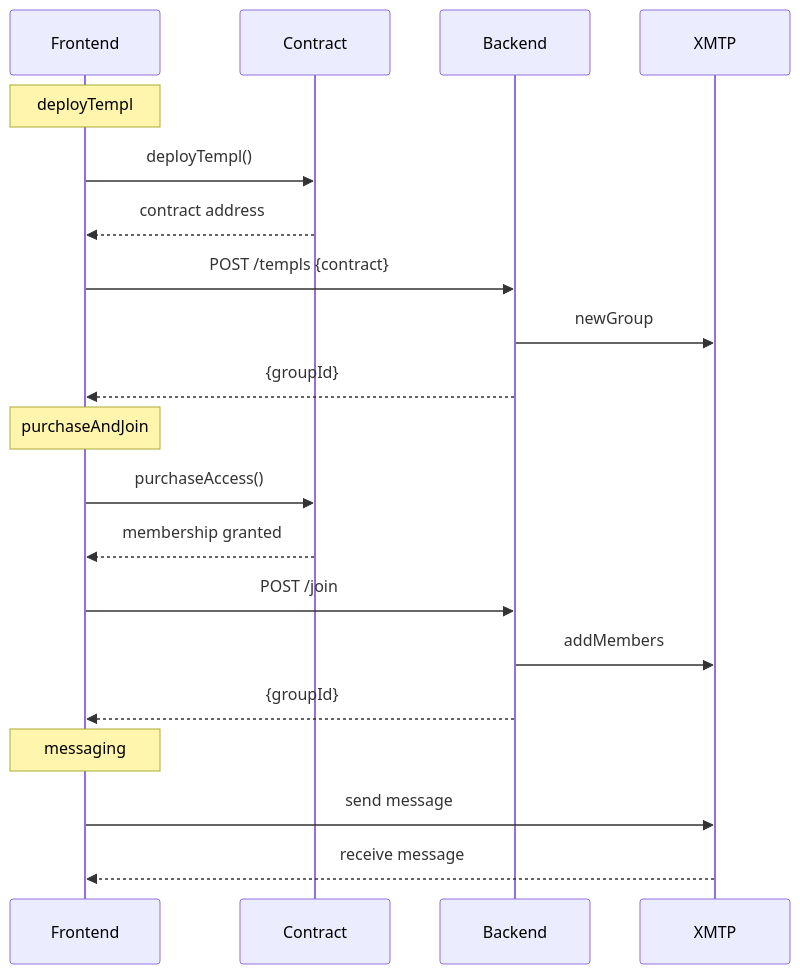
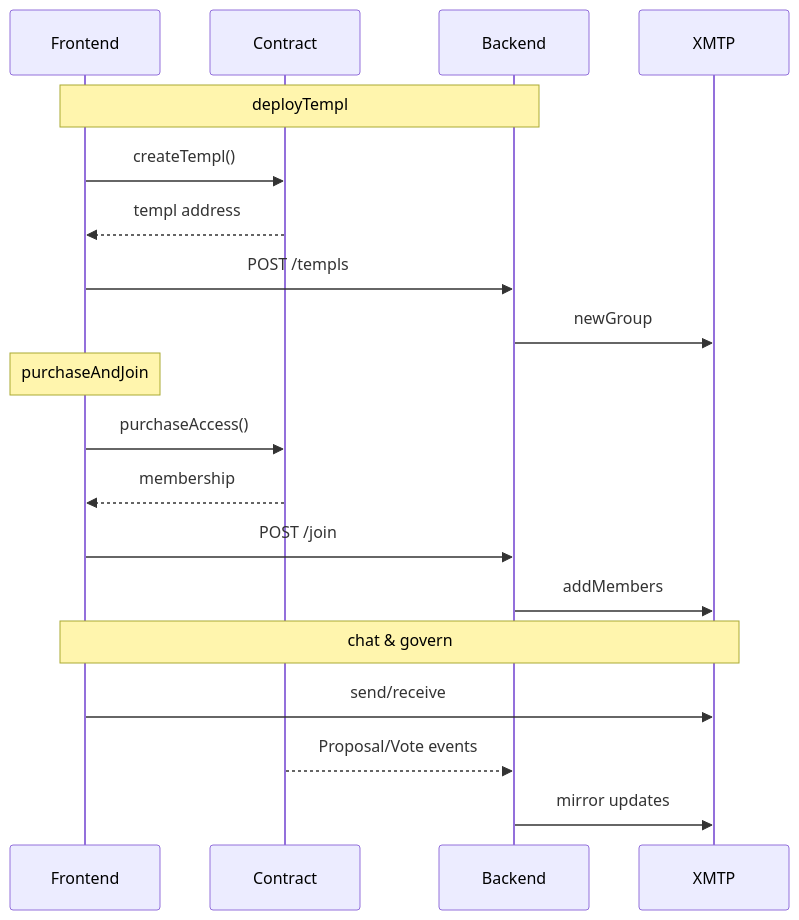
One commit to templ-fun/evm-protocol changed the third of 3 diagrams in README.md. Above: the diagram before and after it, drawn with Mermaid. The commit also changed other lines of this file and 9 other files, not shown here.

````diff
--- a/README.md
+++ b/README.md
@@ -147,25 +141,24 @@
 ```mermaid
 sequenceDiagram
     participant F as Frontend
     participant C as Contract
     participant B as Backend
     participant X as XMTP
 
-    Note over F: deployTempl
-    F->>C: deployTempl()
-    C-->>F: contract address
-    F->>B: POST /templs {contract}
+    Note over F,B: deployTempl
+    F->>C: createTempl()
+    C-->>F: templ address
+    F->>B: POST /templs
     B->>X: newGroup
-    B-->>F: {groupId}
 
     Note over F: purchaseAndJoin
     F->>C: purchaseAccess()
-    C-->>F: membership granted
+    C-->>F: membership
     F->>B: POST /join
     B->>X: addMembers
-    B-->>F: {groupId}
 
-    Note over F: messaging
-    F->>X: send message
-    X-->>F: receive message
+    Note over F,X: chat & govern
+    F->>X: send/receive
+    C-->>B: Proposal/Vote events
+    B->>X: mirror updates
 ```
````
